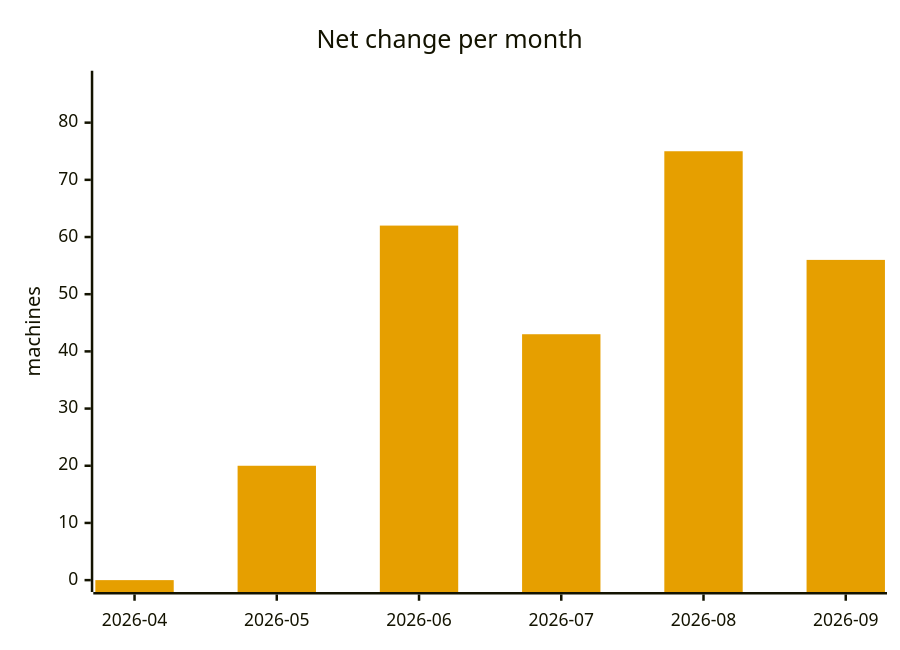
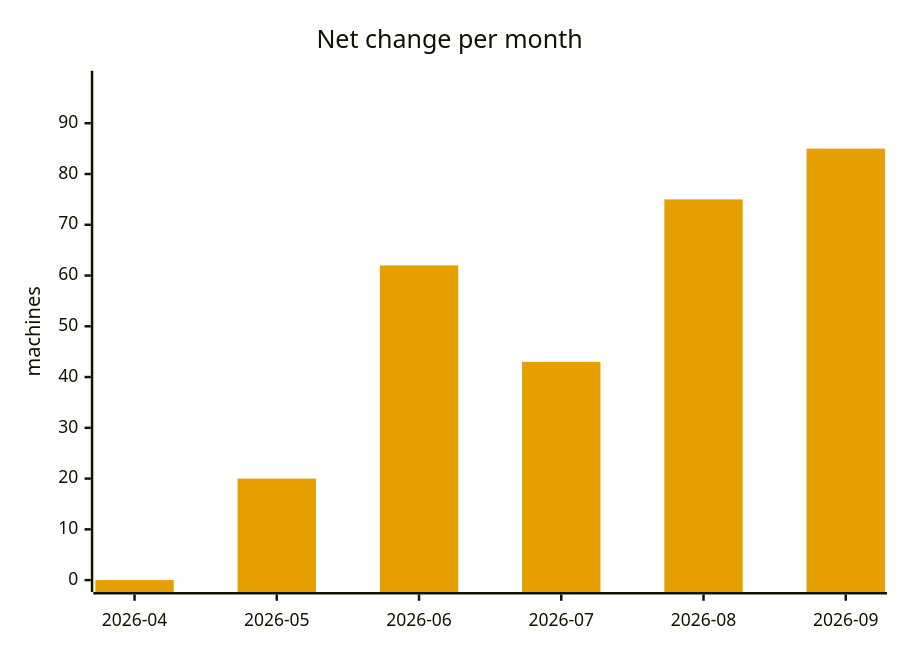
Before and after one commit to cheeaun/returnright-data: the fifth of 5 diagrams in ANALYSIS.md, drawn with Mermaid. The commit also changed other lines of this file and 3 other files, not shown here.

````diff
--- a/ANALYSIS.md
+++ b/ANALYSIS.md
@@ -218,13 +218,13 @@
 ```mermaid
 ---
 config:
   themeVariables:
     xyChart:
       plotColorPalette: "#E69F00"
 ---
 xychart-beta
     title "Net change per month"
     x-axis ["2026-04", "2026-05", "2026-06", "2026-07", "2026-08", "2026-09"]
-    y-axis "machines" 0 --> 87
-    bar [0, 20, 62, 43, 75, 56]
+    y-axis "machines" 0 --> 98
+    bar [0, 20, 62, 43, 75, 85]
 ```
````
